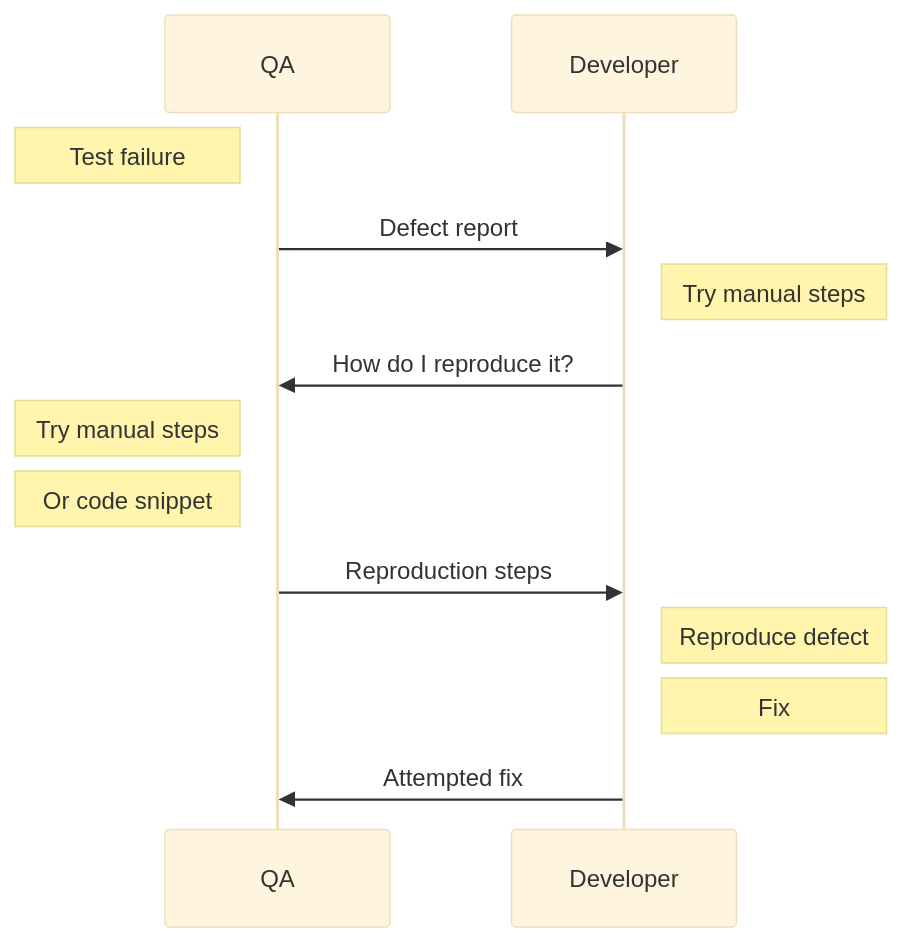
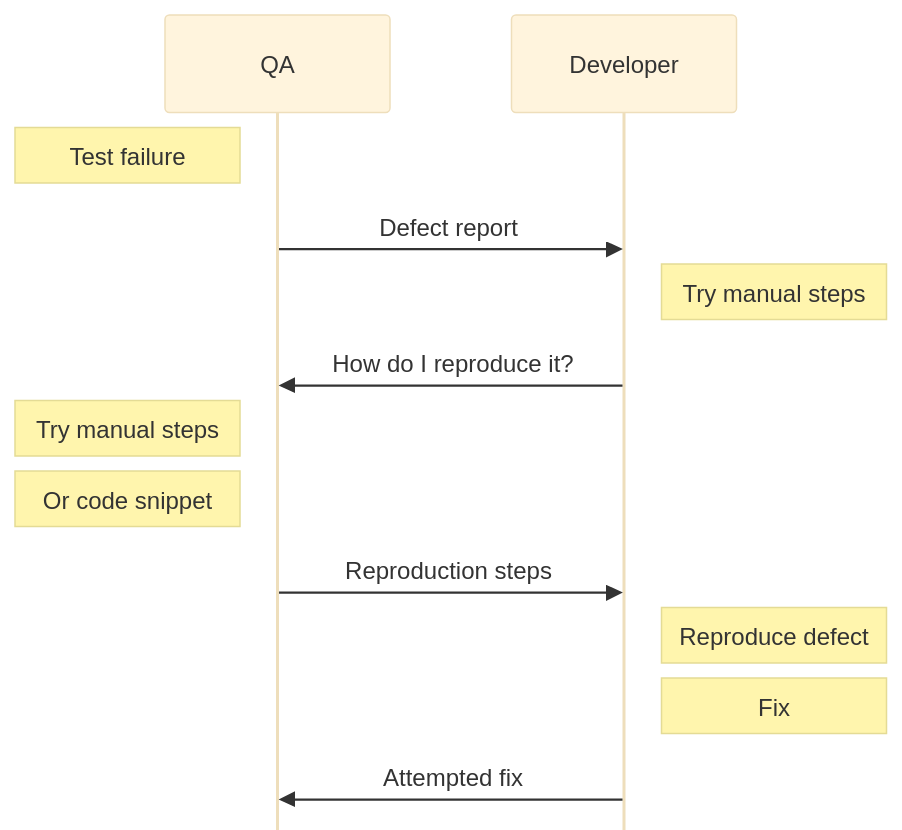
One commit to okken/talks changed the first of 3 diagrams in 2026/pybay-is-tdd-still-relevant/talk/tdd_more_relevant_than_ever.md. Above: the diagram before and after it, drawn with Mermaid (base theme). The commit also changed other lines of this file, not shown here.

````diff
--- a/2026/pybay-is-tdd-still-relevant/talk/tdd_more_relevant_than_ever.md
+++ b/2026/pybay-is-tdd-still-relevant/talk/tdd_more_relevant_than_ever.md
@@ -313,13 +378,14 @@
 ```mermaid
+%%{init: {"sequence": {"mirrorActors": false}}}%%
 sequenceDiagram
     Note left of QA: Test failure
     QA->>Developer: Defect report 
     Note right of Developer: Try manual steps
     Developer->>QA: How do I reproduce it?
     Note left of QA: Try manual steps
     Note left of QA: Or code snippet
     QA->>Developer: Reproduction steps
     Note right of Developer: Reproduce defect
     Note right of Developer: Fix
     Developer->>QA: Attempted fix
 ```
````
